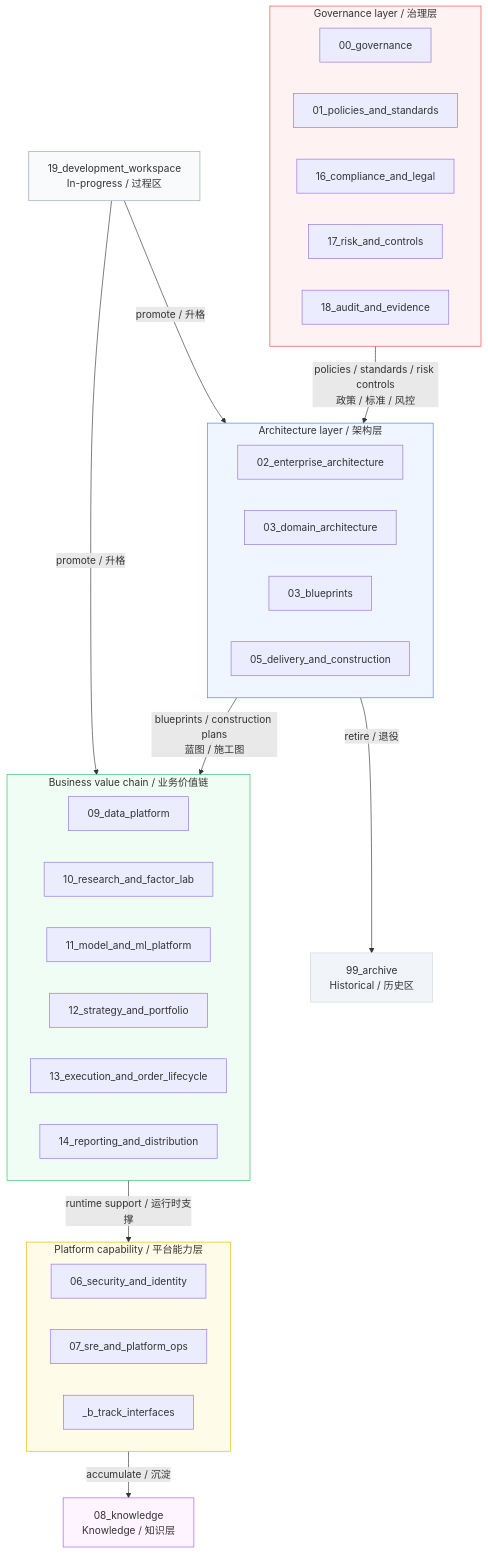
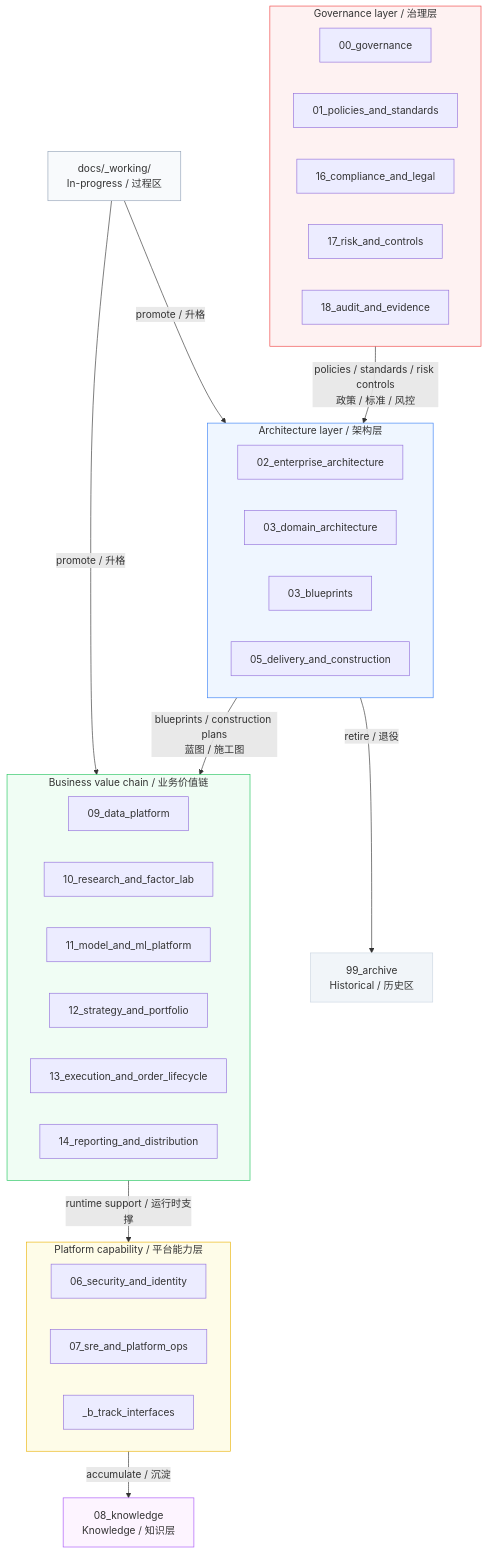
Before and after one commit to xuanFelixVan/ZephyrAlpha: the diagram in docs/02_enterprise_architecture/target_architecture/diagrams/docs_drawer_topology.mmd, drawn with Mermaid. The commit also changed 4 other files, not shown here.

First line of the commit message:
P0-2(重做): 5个活文档19_development_workspace引用修复——full_project_tree_zh/en.md标注RETIRED; docs_drawer_topology.mmd WS节点改docs/_working/; dimension_audit_matrix.md dashboard/评审纪要路径改docs/_working/; operations_architecture.md Runbook路径改docs/_working/

```diff
--- a/docs/02_enterprise_architecture/target_architecture/diagrams/docs_drawer_topology.mmd
+++ b/docs/02_enterprise_architecture/target_architecture/diagrams/docs_drawer_topology.mmd
@@ -1,51 +1,51 @@
 %%{init: {'theme': 'default'}}%%
 graph TB
     subgraph GOV["Governance layer / 治理层"]
         G00["00_governance"]
         G01["01_policies_and_standards"]
         G16["16_compliance_and_legal"]
         G17["17_risk_and_controls"]
         G18["18_audit_and_evidence"]
     end
 
     subgraph ARCH["Architecture layer / 架构层"]
         A02["02_enterprise_architecture"]
         A03["03_domain_architecture"]
         A04["03_blueprints"]
         A05["05_delivery_and_construction"]
     end
 
     subgraph BIZ["Business value chain / 业务价值链"]
         B09["09_data_platform"]
         B10["10_research_and_factor_lab"]
         B11["11_model_and_ml_platform"]
         B12["12_strategy_and_portfolio"]
         B13["13_execution_and_order_lifecycle"]
         B14["14_reporting_and_distribution"]
     end
 
     subgraph PLAT["Platform capability / 平台能力层"]
         P06["06_security_and_identity"]
         P07["07_sre_and_platform_ops"]
         P08["_b_track_interfaces"]
     end
 
     KB["08_knowledge<br/>Knowledge / 知识层"]
-    WS["19_development_workspace<br/>In-progress / 过程区"]
+    WS["docs/_working/<br/>In-progress / 过程区"]
     AR["99_archive<br/>Historical / 历史区"]
 
     GOV -->|"policies / standards / risk controls<br/>政策 / 标准 / 风控"| ARCH
     ARCH -->|"blueprints / construction plans<br/>蓝图 / 施工图"| BIZ
     BIZ -->|"runtime support / 运行时支撑"| PLAT
     PLAT -->|"accumulate / 沉淀"| KB
     WS -->|"promote / 升格"| ARCH
     WS -->|"promote / 升格"| BIZ
     ARCH -->|"retire / 退役"| AR
 
     style GOV fill:#fef2f2,stroke:#ef4444
     style ARCH fill:#eff6ff,stroke:#3b82f6
     style BIZ fill:#f0fdf4,stroke:#22c55e
     style PLAT fill:#fefce8,stroke:#eab308
     style KB fill:#fdf4ff,stroke:#a855f7
     style WS fill:#f8fafc,stroke:#94a3b8
     style AR fill:#f1f5f9,stroke:#cbd5e1
```
